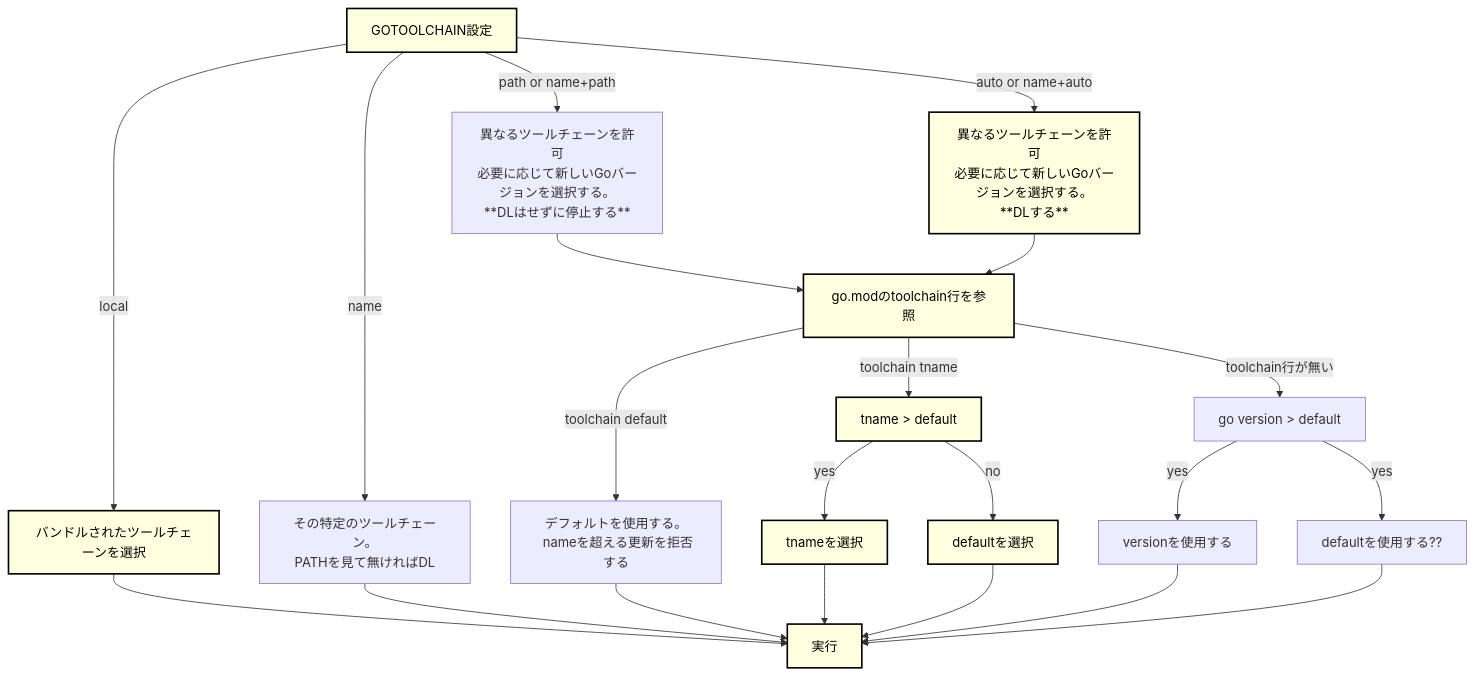
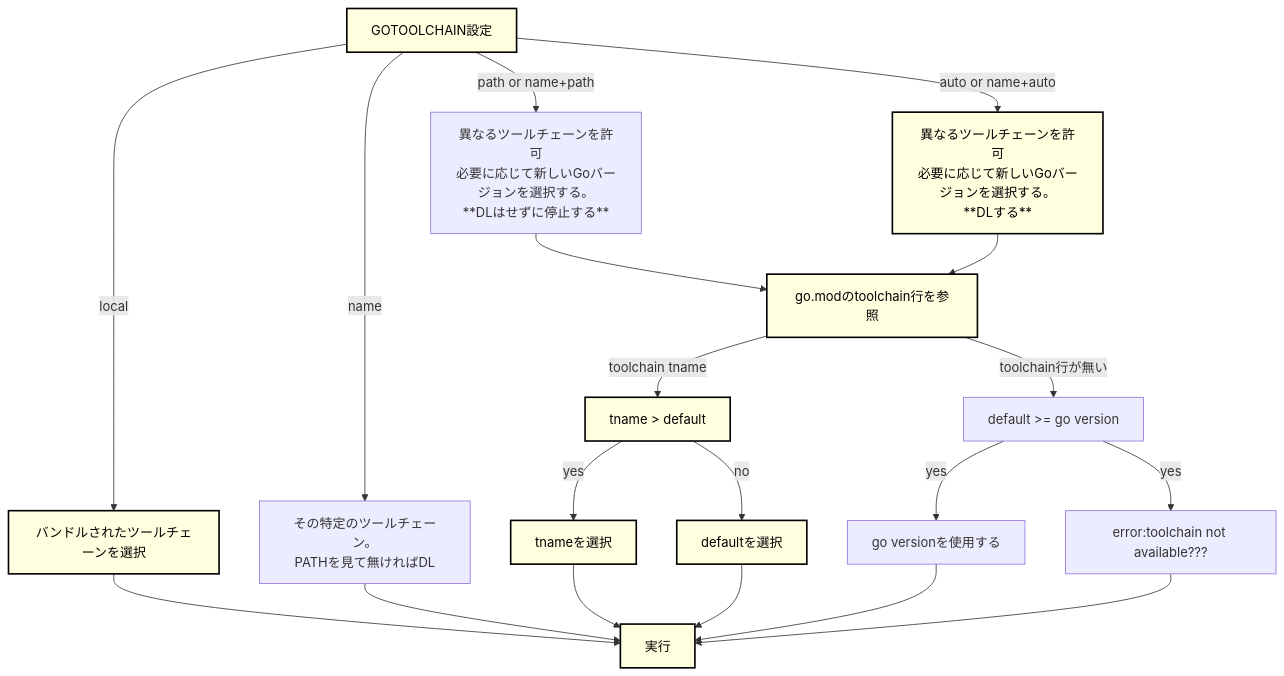
One commit to atushi-koga/go-example changed the diagram in gotoolchain/README.md. Above: the diagram before and after it, drawn with Mermaid. The commit also changed 12 other files, not shown here.

````diff
--- a/gotoolchain/README.md
+++ b/gotoolchain/README.md
@@ -6,32 +6,30 @@
 ```mermaid
 
 graph TD
     classDef lightYellow fill:#FFFFE0,stroke:#000,stroke-width:2px,color:#000;
     A[GOTOOLCHAIN設定]
     A -->|local| B[バンドルされたツールチェーンを選択]
     A -->|name| C[その特定のツールチェーン。<br>PATHを見て無ければDL]
     A -->|path or name+path| D[異なるツールチェーンを許可<br>必要に応じて新しいGoバージョンを選択する。<br>**DLはせずに停止する**]
     A -->|auto or name+auto| E[異なるツールチェーンを許可<br>必要に応じて新しいGoバージョンを選択する。<br>**DLする**]
 
     F[go.modのtoolchain行を参照]
     D --> F
     E --> F
-    F -->|toolchain default| G[デフォルトを使用する。\n nameを超える更新を拒否する]
     F -->|toolchain tname| H[tname > default]
-    F -->|toolchain行が無い| I[go version > default]
+    F -->|toolchain行が無い| I[default >= go version]
     H -->|yes| J[tnameを選択]
     H -->|no| K[defaultを選択]
-    I -->|yes| L[versionを使用する]
-    I -->|yes| M[defaultを使用する??]
+    I -->|yes| M[error:toolchain not available???]
+    I -->|yes| L[go versionを使用する]
         
     Z[実行]
     B --> Z
     C --> Z
-    G --> Z
     J --> Z
     K --> Z
     L --> Z
     M --> Z
 
     class A,B,E,F,H,J,K,Z lightYellow;
 ```
````
